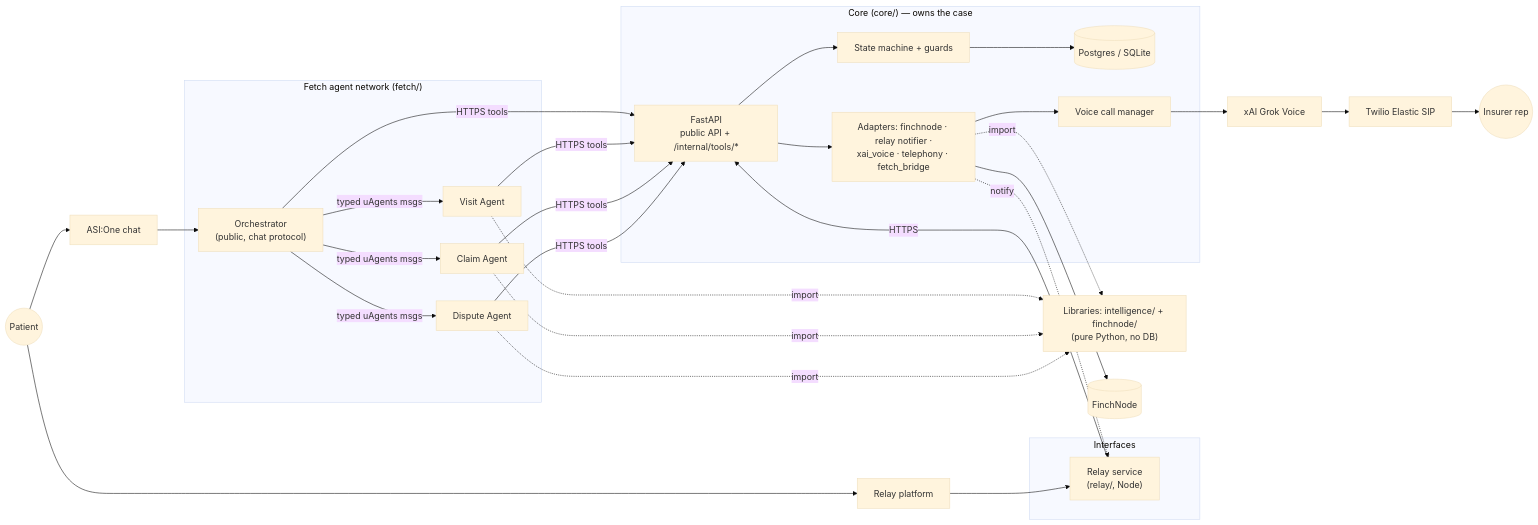
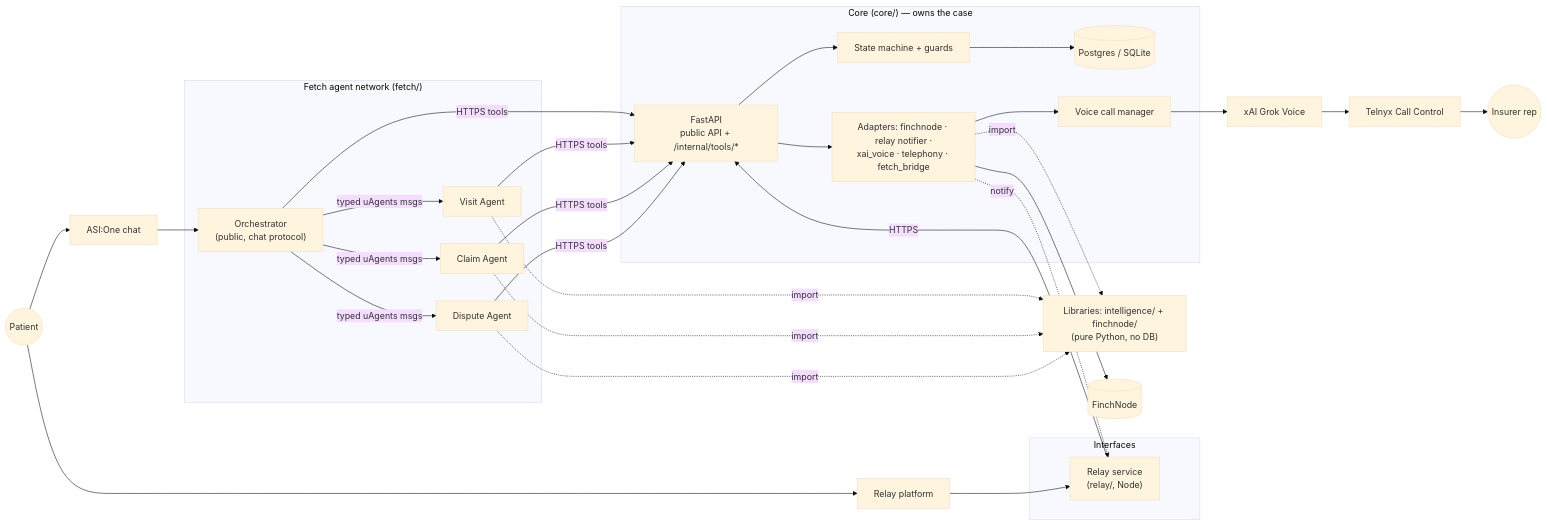
The first of 4 diagrams in docs/ARCHITECTURE.md (Shrish-07/Supreme-Waffles), drawn with Mermaid (base theme) before and after one commit. The commit also changed 16 other files, not shown here.

First line of the commit message:
feat(telephony): replace Twilio with Telnyx Call Control + signed webhook bridge

````diff
--- a/docs/ARCHITECTURE.md
+++ b/docs/ARCHITECTURE.md
@@ -7,44 +7,44 @@
 ```mermaid
 flowchart LR
     patient((Patient))
     asi1[ASI:One chat]
     relayP[Relay platform]
 
     subgraph Interfaces
         relaySvc["Relay service<br/>(relay/, Node)"]
     end
 
     subgraph AgentNetwork["Fetch agent network (fetch/)"]
         orch["Orchestrator<br/>(public, chat protocol)"]
         visit[Visit Agent]
         claim[Claim Agent]
         dispute[Dispute Agent]
     end
 
     subgraph CoreBox["Core (core/) — owns the case"]
         api["FastAPI<br/>public API + /internal/tools/*"]
         sm[State machine + guards]
         db[(Postgres / SQLite)]
         voiceMgr["Voice call manager"]
         adapters["Adapters: finchnode · relay notifier ·<br/>xai_voice · telephony · fetch_bridge"]
     end
 
     libs["Libraries: intelligence/ + finchnode/<br/>(pure Python, no DB)"]
     finch[(FinchNode)]
     xai[xAI Grok Voice]
-    sip[Twilio Elastic SIP]
+    sip[Telnyx Call Control]
     insurer((Insurer rep))
 
     patient --> asi1 --> orch
     patient --> relayP --> relaySvc
     relaySvc -- HTTPS --> api
     orch -- typed uAgents msgs --> visit & claim & dispute
     orch & visit & claim & dispute -- HTTPS tools --> api
     api --> sm --> db
     api --> adapters
     adapters --> finch
     adapters --> voiceMgr --> xai --> sip --> insurer
     adapters -. notify .-> relaySvc
     visit & claim & dispute -. import .-> libs
     adapters -. import .-> libs
 ```
````
